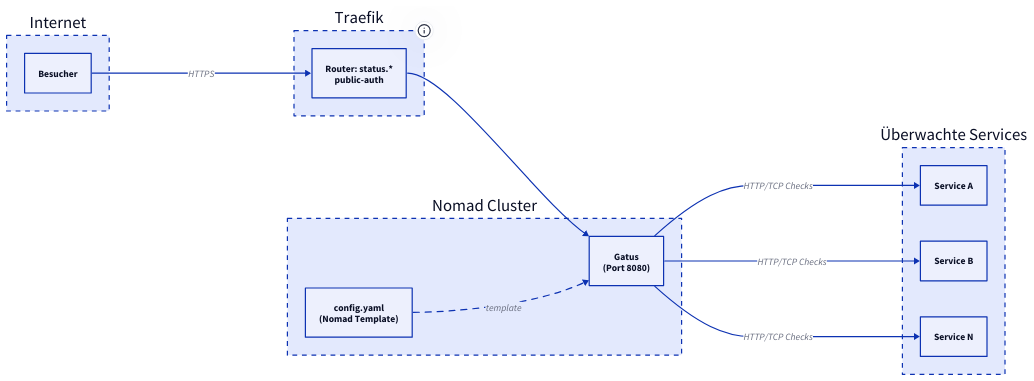
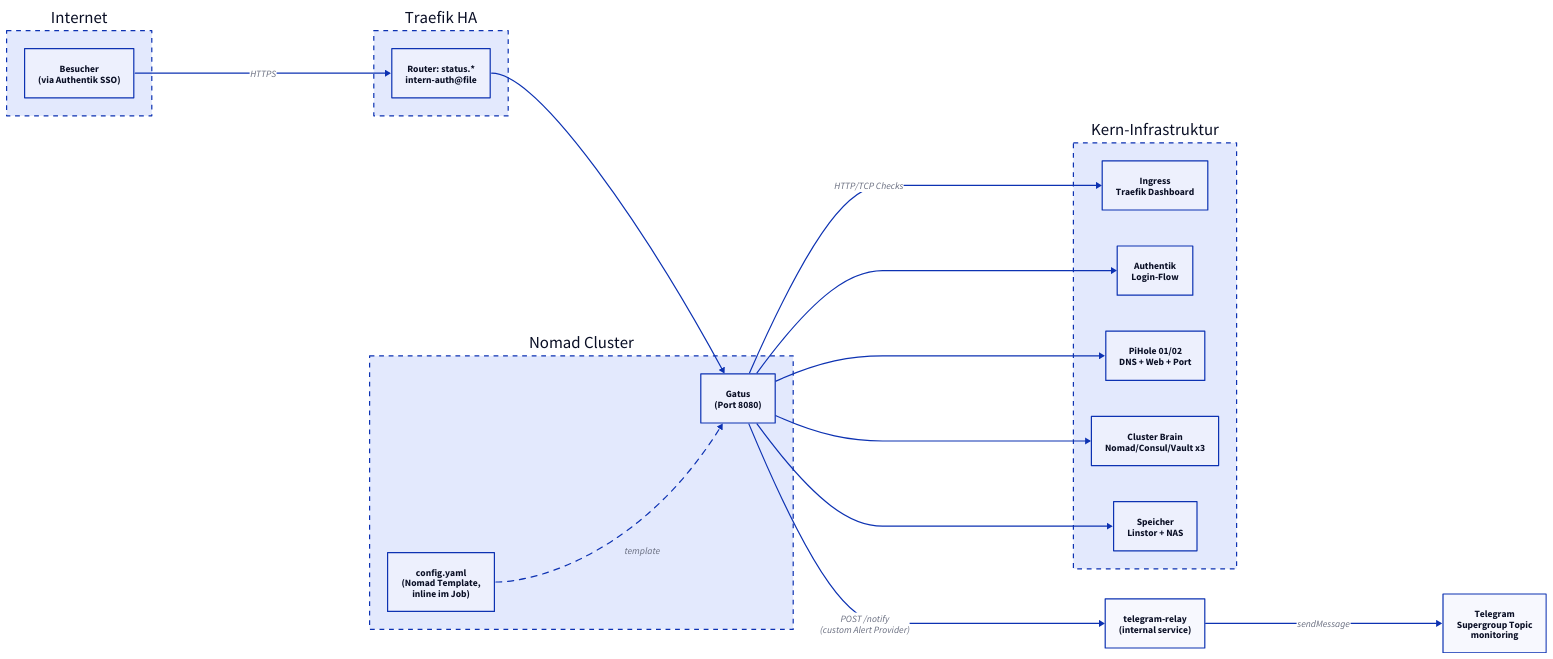
One commit to derever-labs/homelab-wiki changed the diagram in docs/gatus/index.md. Above: the diagram before and after it, drawn with D2. The commit also changed other lines of this file and 2 other files, not shown here.

Commit message:
docs(monitoring): Gatus/Kuma-Aufgabenteilung, Traefik-Dashboard-BG

````diff
--- a/docs/gatus/index.md
+++ b/docs/gatus/index.md
@@ -27,34 +39,43 @@
 ```d2
 direction: right
 
 Internet: {
   style.stroke-dash: 4
-  User: Besucher
+  User: "Besucher\n(via Authentik SSO)"
 }
 
-Traefik: Traefik {
+Traefik: Traefik HA {
   style.stroke-dash: 4
-  tooltip: 10.0.2.20
-  Router: "Router: status.*\npublic-auth"
+  Router: "Router: status.*\nintern-auth@file"
 }
 
 Nomad: Nomad Cluster {
   style.stroke-dash: 4
   Gatus: "Gatus\n(Port 8080)"
-  Config: "config.yaml\n(Nomad Template)"
+  Config: "config.yaml\n(Nomad Template,\ninline im Job)"
 }
 
-Services: Überwachte Services {
+Core: Kern-Infrastruktur {
   style.stroke-dash: 4
-  S1: Service A
-  S2: Service B
-  S3: Service N
+  Ingress: "Ingress\nTraefik Dashboard"
+  SSO: "Authentik\nLogin-Flow"
+  DNS: "PiHole 01/02\nDNS + Web + Port"
+  Cluster: "Cluster Brain\nNomad/Consul/Vault x3"
+  Storage: "Speicher\nLinstor + NAS"
 }
+
+Relay: "telegram-relay\n(internal service)"
+
+Telegram: "Telegram\nSupergroup Topic\nmonitoring"
 
 Internet.User -> Traefik.Router: HTTPS
 Traefik.Router -> Nomad.Gatus
 Nomad.Config -> Nomad.Gatus: template { style.stroke-dash: 5 }
-Nomad.Gatus -> Services.S1: HTTP/TCP Checks
-Nomad.Gatus -> Services.S2: HTTP/TCP Checks
-Nomad.Gatus -> Services.S3: HTTP/TCP Checks
+Nomad.Gatus -> Core.Ingress: HTTP/TCP Checks
+Nomad.Gatus -> Core.SSO
+Nomad.Gatus -> Core.DNS
+Nomad.Gatus -> Core.Cluster
+Nomad.Gatus -> Core.Storage
+Nomad.Gatus -> Relay: "POST /notify\n(custom Alert Provider)"
+Relay -> Telegram: sendMessage
 ```
````
